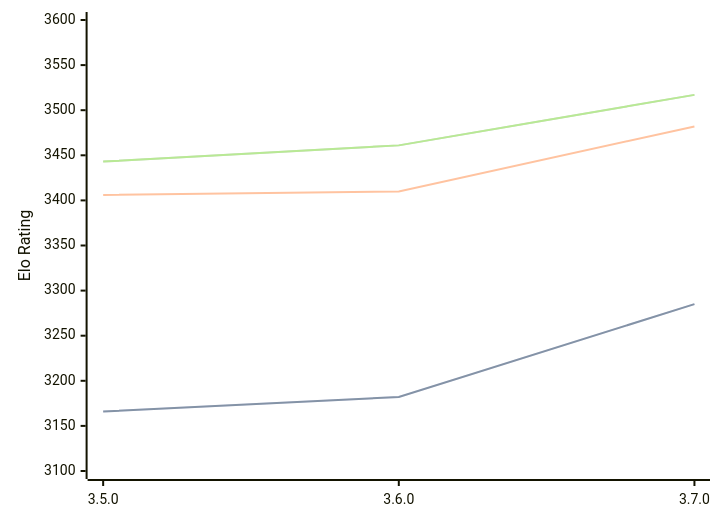
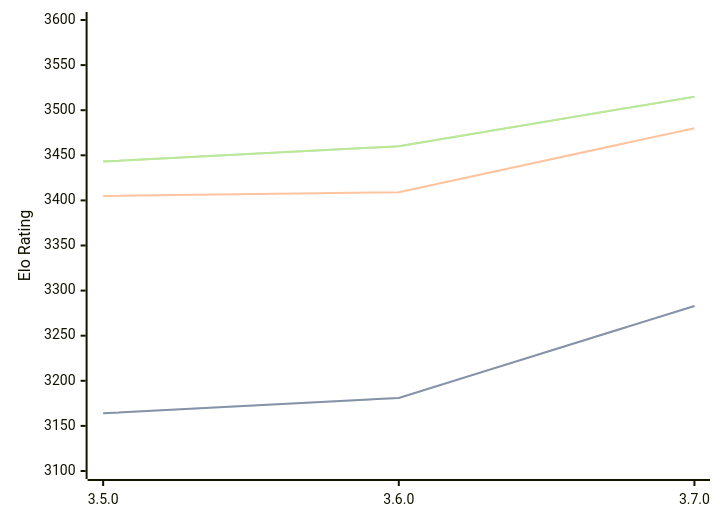
Before and after one commit to computer-chess-index/cci: the diagram in engines/Igel.md, drawn with Mermaid. The commit also changed other lines of this file, not shown here.

Commit message:
Update CCI Ratings (ELO VLTC) - 2026-09-01

````diff
--- a/engines/Igel.md
+++ b/engines/Igel.md
@@ -33,11 +33,11 @@
 ```mermaid
 %%{init: {"theme":"base","themeVariables":{"seriesColors:['#a3a3a3','#222221','#faa371']}}}%%
 xychart-beta
   x-axis ["3.5.0", "3.6.0", "3.7.0"]
   y-axis "Elo Rating" 3100 --> 3600
-  line "" [3166, 3182, 3285]
-  line "STC (8.0+0.08s)" [3166, 3182, 3285]
-  line "LTC (60.0+0.60s)" [3406, 3410, 3482]
-  line "" [3443, 3461, 3517]
-  line "VLTC (2m24s+1.12s)" [3443, 3461, 3517]
+  line "" [3164, 3181, 3283]
+  line "STC (8.0+0.08s)" [3164, 3181, 3283]
+  line "LTC (60.0+0.60s)" [3405, 3409, 3480]
+  line "" [3443, 3460, 3515]
+  line "VLTC (2m24s+1.12s)" [3443, 3460, 3515]
 ```
````
